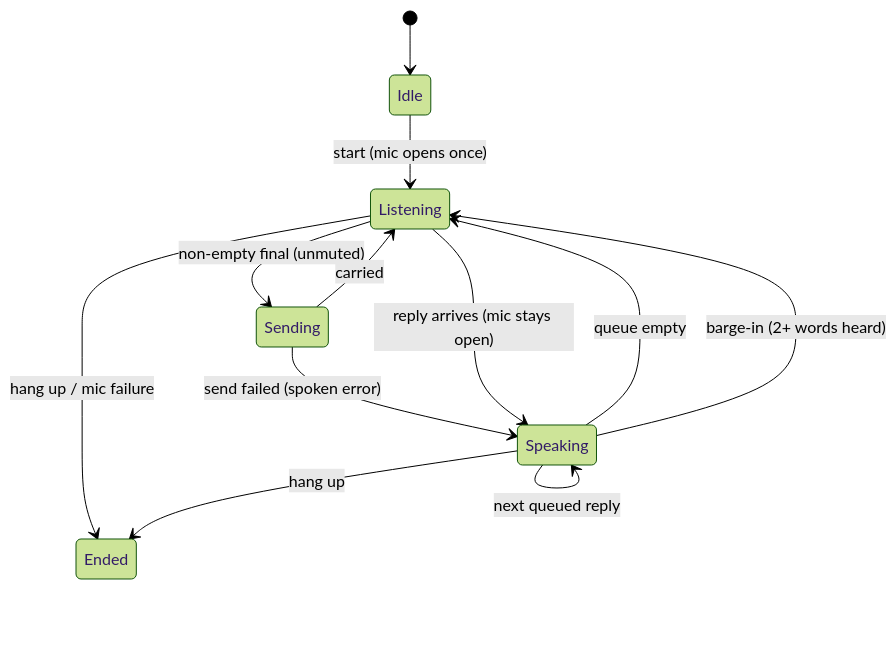
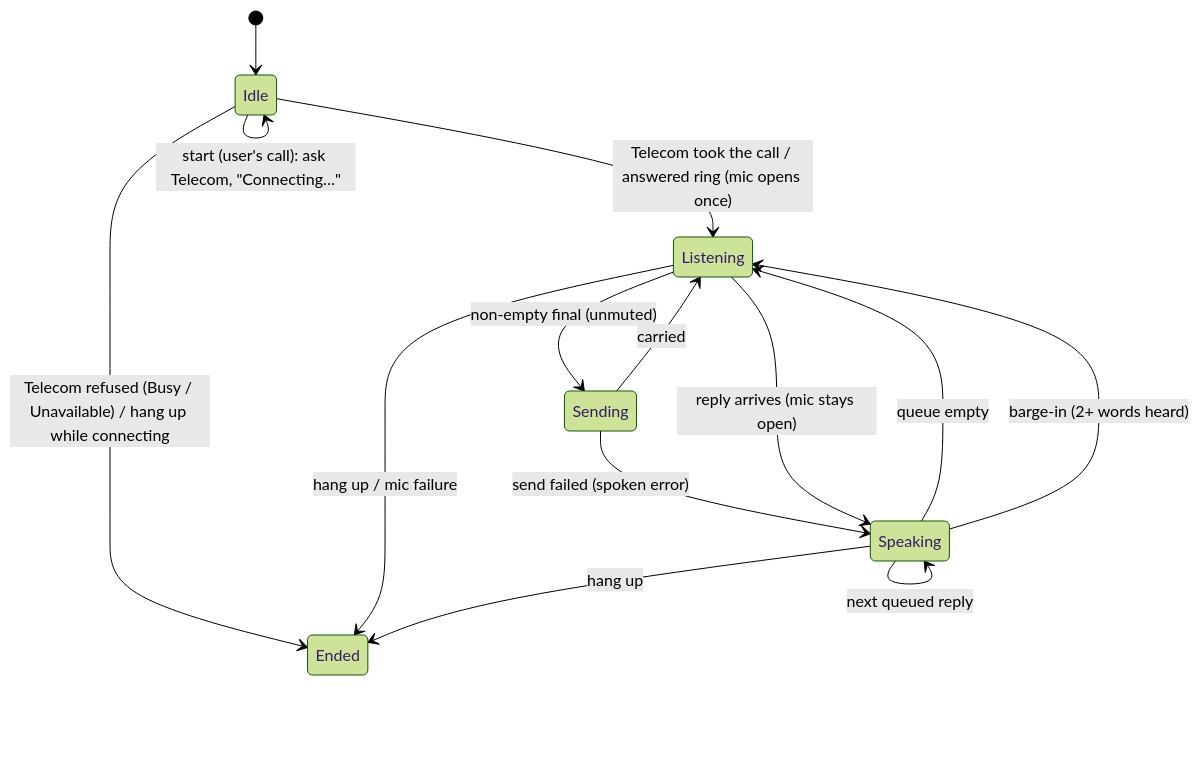
The seventh of 14 diagrams in docs/voice-operator.md (PetePeter/helm), drawn with Mermaid (forest theme) before and after one commit. The commit also changed other lines of this file and 11 other files, not shown here.

First line of the commit message:
feat(android): every Helm call is a Telecom call, mute is the phone's mic mute

````diff
--- a/docs/voice-operator.md
+++ b/docs/voice-operator.md
@@ -229,14 +229,16 @@
 ```mermaid
 stateDiagram-v2
     [*] --> Idle
-    Idle --> Listening: start (mic opens once)
+    Idle --> Idle: start (user's call): ask Telecom, "Connecting…"
+    Idle --> Listening: Telecom took the call / answered ring (mic opens once)
+    Idle --> Ended: Telecom refused (Busy / Unavailable) / hang up while connecting
     Listening --> Sending: non-empty final (unmuted)
     Sending --> Listening: carried
     Sending --> Speaking: send failed (spoken error)
     Listening --> Speaking: reply arrives (mic stays open)
     Speaking --> Speaking: next queued reply
     Speaking --> Listening: queue empty
     Speaking --> Listening: barge-in (2+ words heard)
     Listening --> Ended: hang up / mic failure
     Speaking --> Ended: hang up
 ```
````
